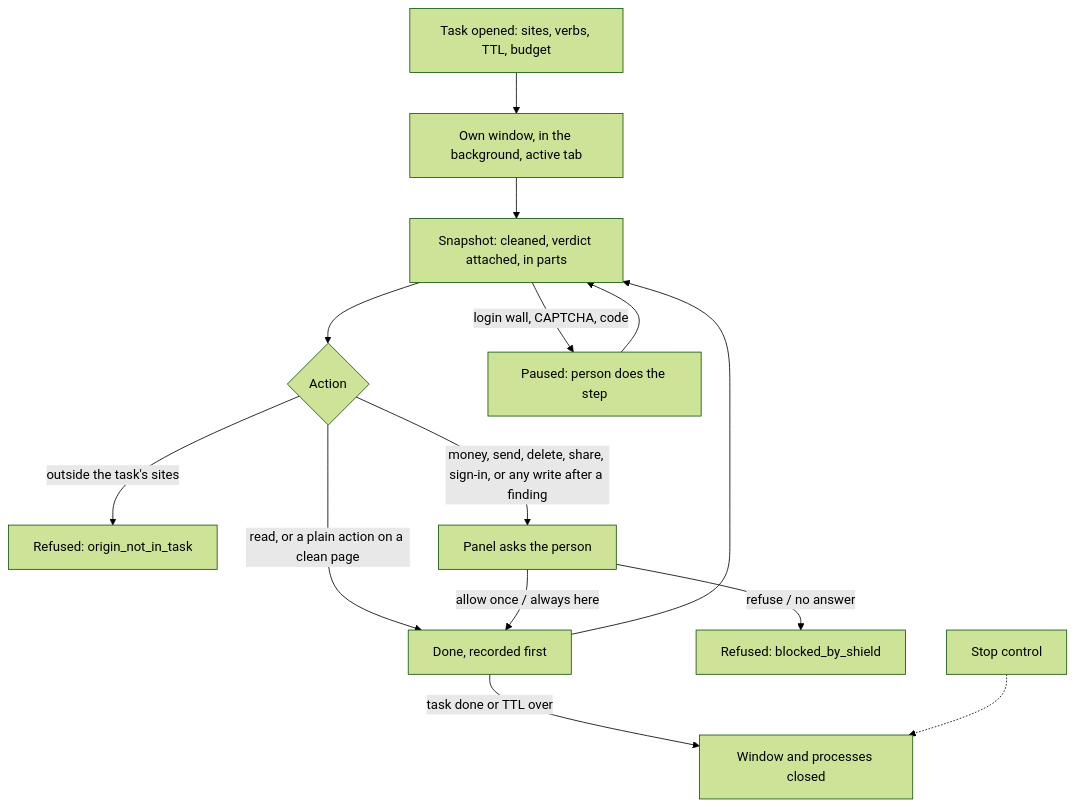
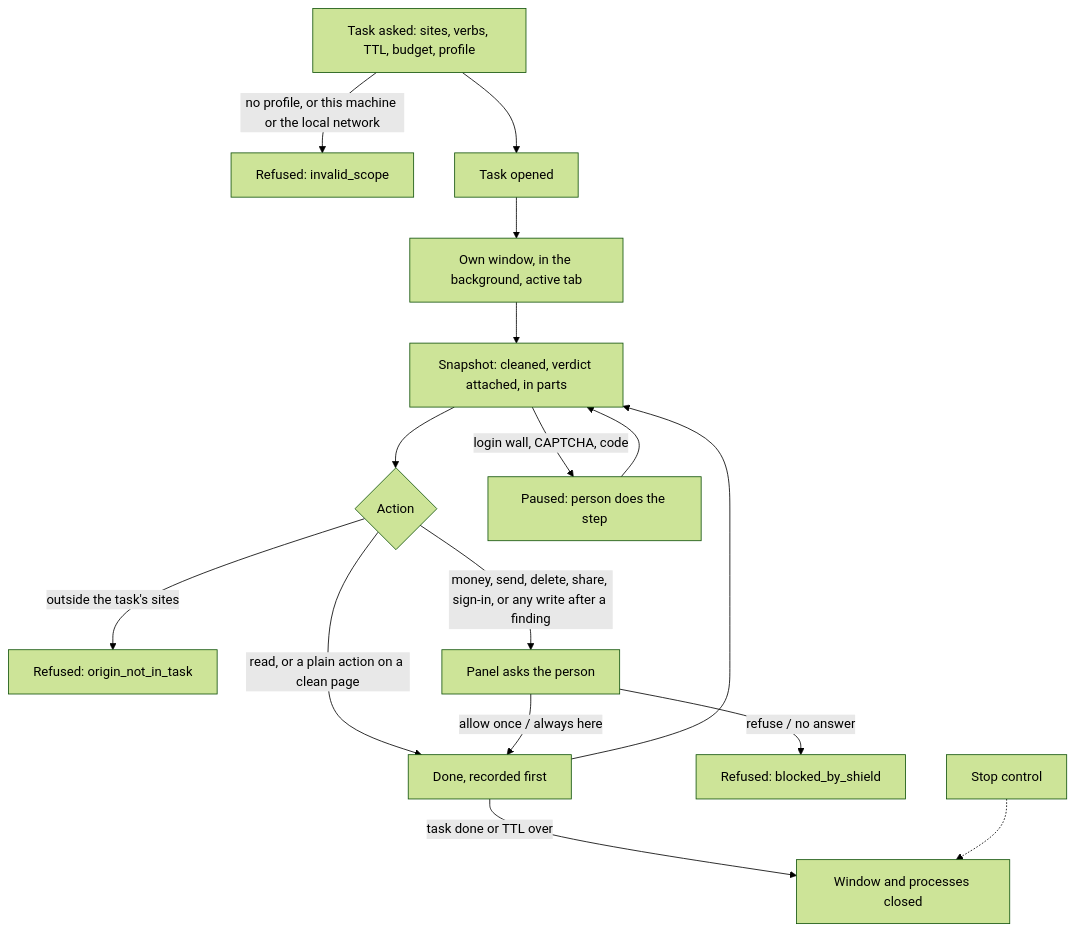
Before and after one commit to passioncode-ai/okolos: diagram 22 of 23 in docs/ux/flows.md, drawn with Mermaid (forest theme). The commit also changed other lines of this file and 3 other files, not shown here.

First line of the commit message:
docs(bridge): SCN-045 и FLW-22 называют обязательный профиль и запрет адресов этой машины и локальной сети; строка отказа invalid_scope называет обе причины

````diff
--- a/docs/ux/flows.md
+++ b/docs/ux/flows.md
@@ -735,15 +735,16 @@
 ```mermaid
 flowchart TD
-  T[Task opened: sites, verbs, TTL, budget] --> W[Own window, in the background, active tab]
+  T0[Task asked: sites, verbs, TTL, budget, profile] -->|no profile, or this machine or the local network| X0[Refused: invalid_scope]
+  T0 --> T[Task opened] --> W[Own window, in the background, active tab]
   W --> S[Snapshot: cleaned, verdict attached, in parts]
   S --> A{Action}
   A -->|outside the task's sites| X1[Refused: origin_not_in_task]
   A -->|read, or a plain action on a clean page| G[Done, recorded first]
   A -->|money, send, delete, share, sign-in, or any write after a finding| Q[Panel asks the person]
   Q -->|allow once / always here| G
   Q -->|refuse / no answer| X2[Refused: blocked_by_shield]
   S -->|login wall, CAPTCHA, code| H[Paused: person does the step] --> S
   G --> S
   G -->|task done or TTL over| E[Window and processes closed]
   STOP[Stop control] -.-> E
 ```
````
